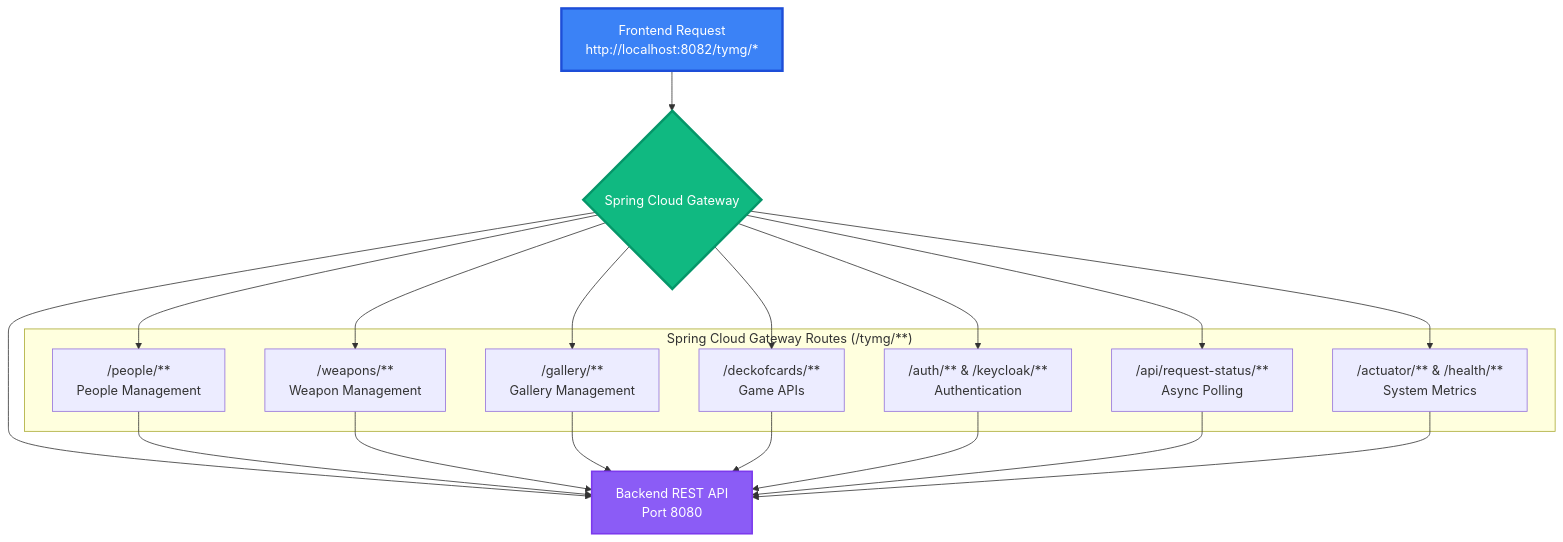
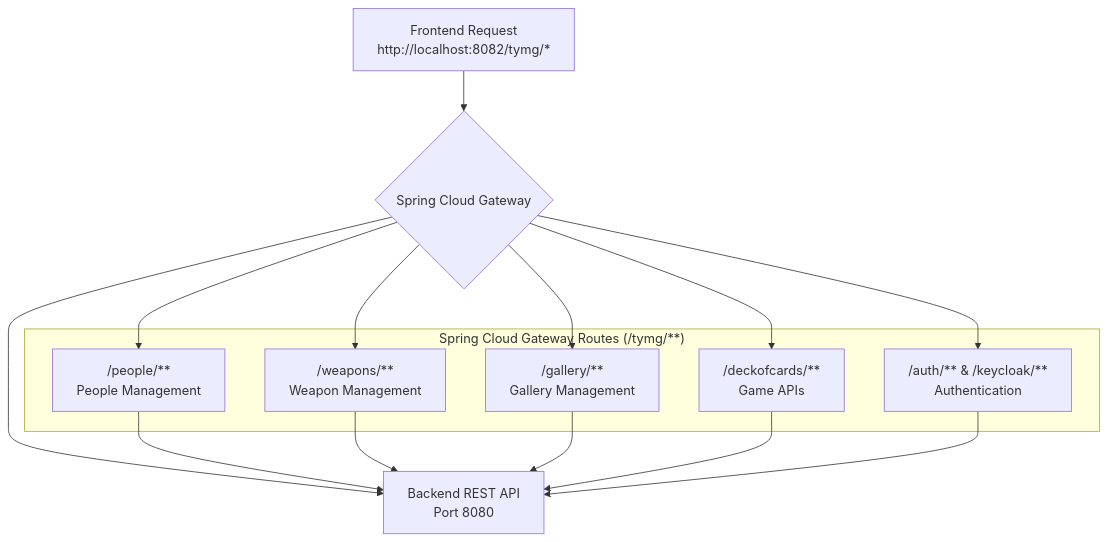
The third of 5 diagrams in README.md (Vinskao/ty-multiverse), drawn with Mermaid before and after one commit. The commit also changed other lines of this file and 1 other file, not shown here.

````diff
--- a/README.md
+++ b/README.md
@@ -637,40 +89,25 @@
 ```mermaid
 graph TD
     A[Frontend Request<br/>http://localhost:8082/tymg/*] --> B{Spring Cloud Gateway}
-
     B --> C[Backend REST API<br/>Port 8080]
 
     subgraph "Spring Cloud Gateway Routes (/tymg/**)"
         D["/people/**<br/>People Management"]
         E["/weapons/**<br/>Weapon Management"]
         F["/gallery/**<br/>Gallery Management"]
         G["/deckofcards/**<br/>Game APIs"]
         H["/auth/** & /keycloak/**<br/>Authentication"]
-        I["/api/request-status/**<br/>Async Polling"]
-        J["/actuator/** & /health/**<br/>System Metrics"]
     end
 
     B --> D
     B --> E
     B --> F
     B --> G
     B --> H
-    B --> I
-    B --> J
 
     D --> C
     E --> C
     F --> C
     G --> C
     H --> C
-    I --> C
-    J --> C
-
-    %% Styling
-    style A fill:#3b82f6,stroke:#1d4ed8,stroke-width:3px,color:#ffffff
-    style B fill:#10b981,stroke:#059669,stroke-width:3px,color:#ffffff
-    style C fill:#8b5cf6,stroke:#7c3aed,stroke-width:2px,color:#ffffff
-
-    %% Subgraph styling
-    classDef gatewayGroup fill:#f0fdf4,stroke:#86efac,stroke-width:2px
 ```
````
